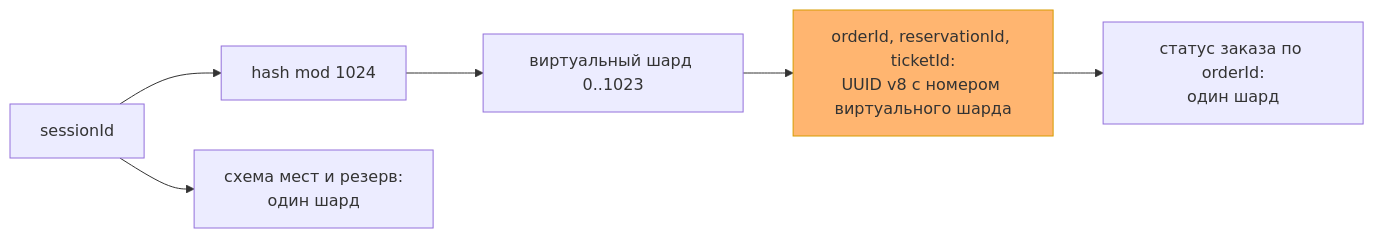
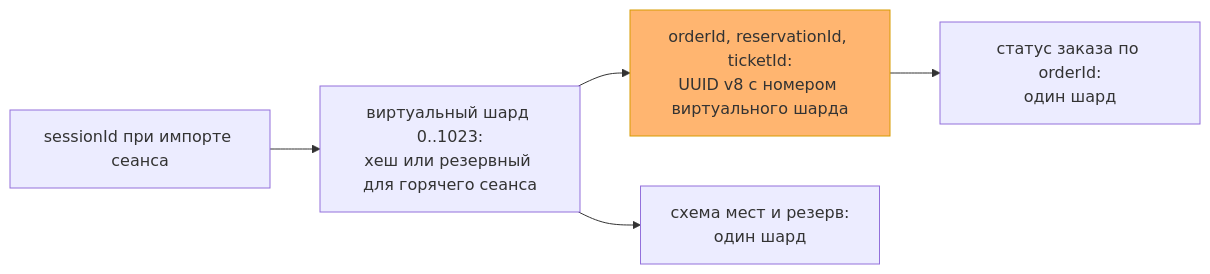
The first of 2 diagrams in docs/data-scaling.md (TIR44/event-ticket-booking), drawn with Mermaid before and after one commit. The commit also changed other lines of this file and 14 other files, not shown here.

````diff
--- a/docs/data-scaling.md
+++ b/docs/data-scaling.md
@@ -61,9 +61,8 @@
 ```mermaid
 flowchart LR
-    S["sessionId"] --> H["hash mod 1024"]
-    H --> V["виртуальный шард 0..1023"]
-    V --> ID["orderId, reservationId, ticketId:<br/>UUID v8 с номером виртуального шарда"]
-    S --> Q1["схема мест и резерв:<br/>один шард"]
+    S["sessionId при импорте сеанса"] --> H["виртуальный шард 0..1023:<br/>хеш или резервный для горячего сеанса"]
+    H --> ID["orderId, reservationId, ticketId:<br/>UUID v8 с номером виртуального шарда"]
+    H --> Q1["схема мест и резерв:<br/>один шард"]
     ID --> Q2["статус заказа по orderId:<br/>один шард"]
     style ID fill:#FFB570,stroke:#D79B00
 ```
````
